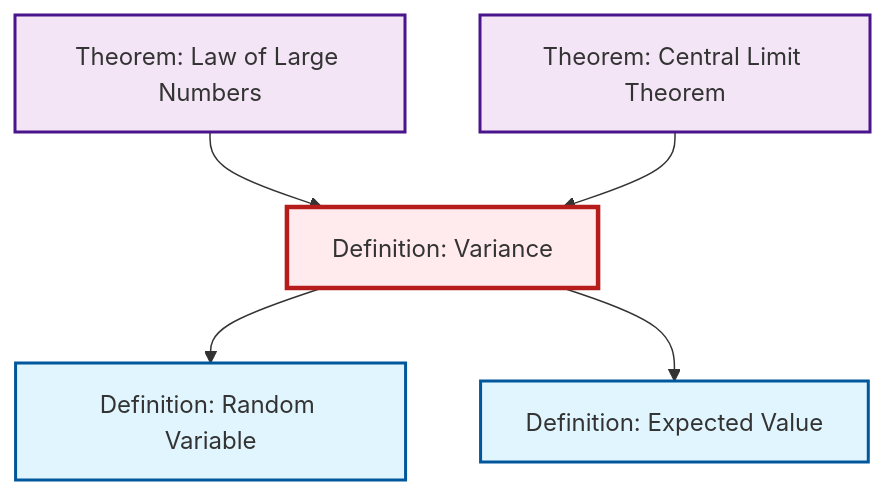
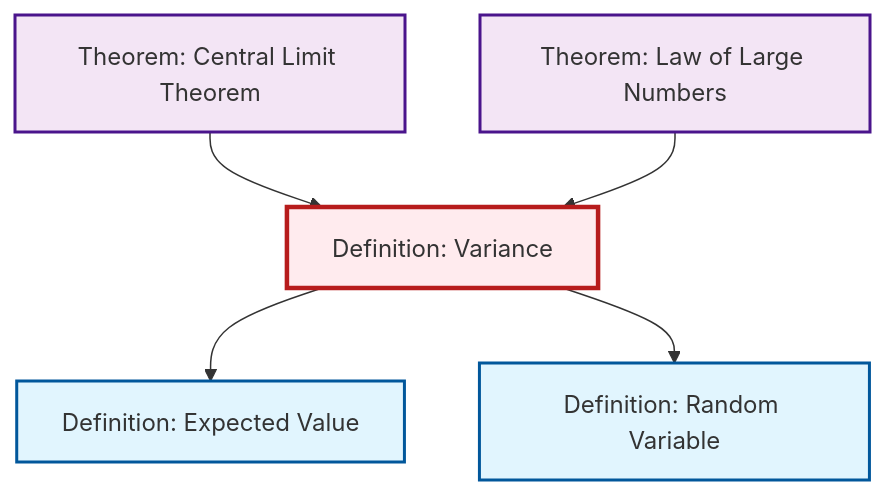
The second of 2 diagrams in content/ja/probability-statistics/def-variance.qmd (RK0429/ModernMath), drawn with Mermaid before and after one commit. The commit also changed other lines of this file and 554 other files, not shown here.

````diff
--- a/content/ja/probability-statistics/def-variance.qmd
+++ b/content/ja/probability-statistics/def-variance.qmd
@@ -102,23 +102,23 @@
 ```{mermaid}
 %%| fig-cap: "Local dependency graph"
 graph TD
     classDef definition fill:#e1f5fe,stroke:#01579b,stroke-width:2px
     classDef theorem fill:#f3e5f5,stroke:#4a148c,stroke-width:2px
     classDef axiom fill:#fff3e0,stroke:#e65100,stroke-width:2px
     classDef example fill:#e8f5e9,stroke:#1b5e20,stroke-width:2px
     classDef current fill:#ffebee,stroke:#b71c1c,stroke-width:3px
-    def-expectation["Definition: Expected Value"]:::definition
+    def-variance["Definition: Variance"]:::definition
     def-random-variable["Definition: Random Variable"]:::definition
     thm-law-of-large-numbers["Theorem: Law of Large Numbers"]:::theorem
     thm-central-limit["Theorem: Central Limit Theorem"]:::theorem
-    def-variance["Definition: Variance"]:::definition
+    def-expectation["Definition: Expected Value"]:::definition
+    thm-central-limit --> def-variance
     thm-law-of-large-numbers --> def-variance
+    def-variance --> def-expectation
     def-variance --> def-random-variable
-    thm-central-limit --> def-variance
-    def-variance --> def-expectation
     class def-variance current
-    click def-expectation "def-expectation.html" "Definition: Expected Valueへ"
     click def-random-variable "def-random-variable.html" "Definition: Random Variableへ"
     click thm-law-of-large-numbers "thm-law-of-large-numbers.html" "Theorem: Law of Large Numbersへ"
     click thm-central-limit "thm-central-limit.html" "Theorem: Central Limit Theoremへ"
+    click def-expectation "def-expectation.html" "Definition: Expected Valueへ"
 ```
````
